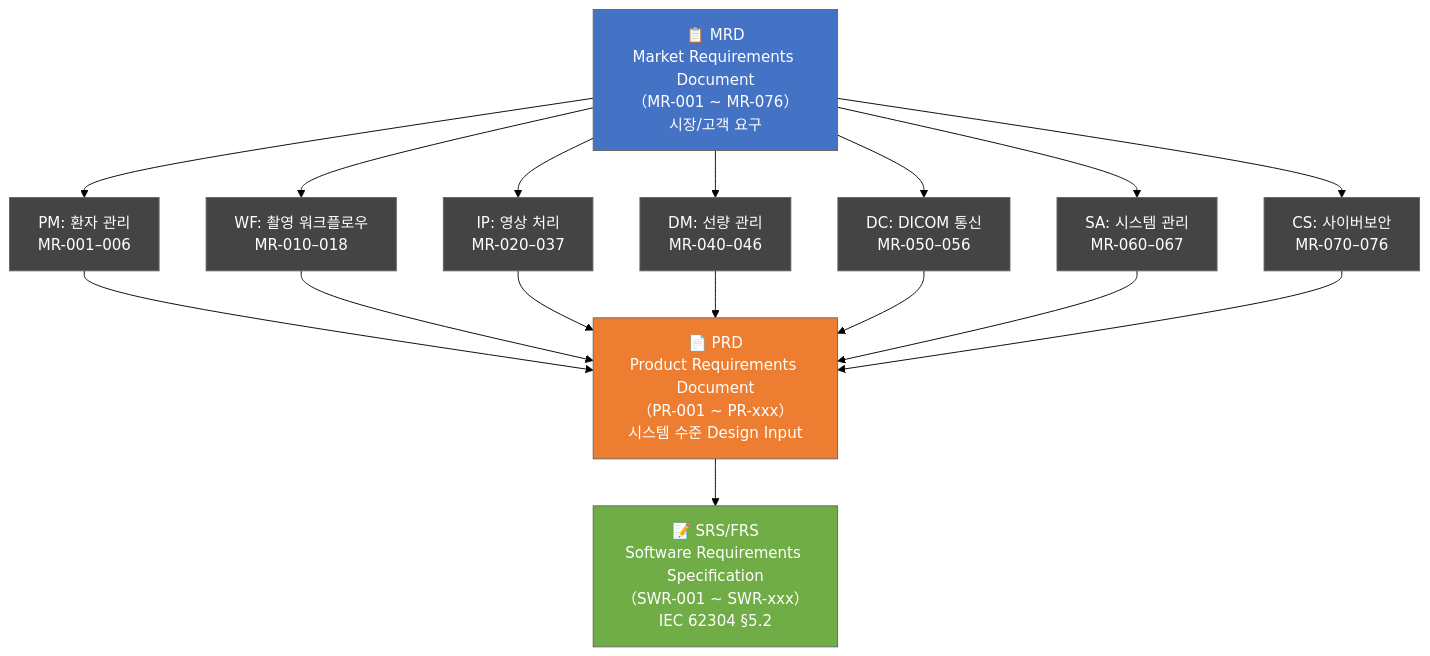
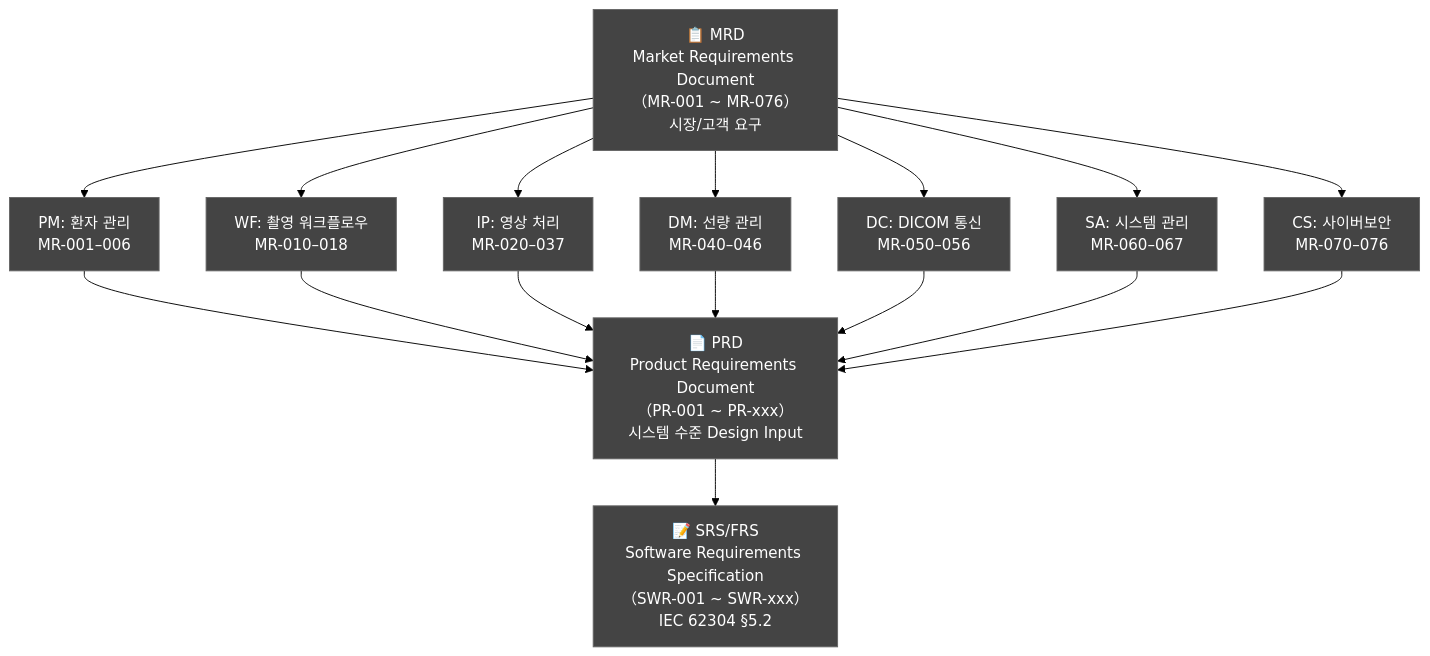
Before and after one commit to holee9/console-gui: the fourth of 13 diagrams in docs/management/DOC-003_SW_Development_Guideline_v1.0.md, drawn with Mermaid (forest theme). The commit also changed other lines of this file and 35 other files, not shown here.

First line of the commit message:
fix: 전체 Mermaid 차트 색상 진한 회색 통일

````diff
--- a/docs/management/DOC-003_SW_Development_Guideline_v1.0.md
+++ b/docs/management/DOC-003_SW_Development_Guideline_v1.0.md
@@ -372,23 +372,23 @@
 ```mermaid
 graph TD
     classDef default fill:#444,stroke:#666,color:#fff
     MRD["📋 MRD<br/>Market Requirements Document<br/>（MR-001 ~ MR-076）<br/>시장/고객 요구"]
     PRD["📄 PRD<br/>Product Requirements Document<br/>（PR-001 ~ PR-xxx）<br/>시스템 수준 Design Input"]
     SRS["📝 SRS/FRS<br/>Software Requirements Specification<br/>（SWR-001 ~ SWR-xxx）<br/>IEC 62304 §5.2"]
 
     DOMAIN_PM["PM: 환자 관리<br/>MR-001–006"]
     DOMAIN_WF["WF: 촬영 워크플로우<br/>MR-010–018"]
     DOMAIN_IP["IP: 영상 처리<br/>MR-020–037"]
     DOMAIN_DM["DM: 선량 관리<br/>MR-040–046"]
     DOMAIN_DC["DC: DICOM 통신<br/>MR-050–056"]
     DOMAIN_SA["SA: 시스템 관리<br/>MR-060–067"]
     DOMAIN_CS["CS: 사이버보안<br/>MR-070–076"]
 
     MRD --> DOMAIN_PM & DOMAIN_WF & DOMAIN_IP & DOMAIN_DM & DOMAIN_DC & DOMAIN_SA & DOMAIN_CS
     DOMAIN_PM & DOMAIN_WF & DOMAIN_IP & DOMAIN_DM & DOMAIN_DC & DOMAIN_SA & DOMAIN_CS --> PRD
     PRD --> SRS
 
-    style MRD fill:#4472C4,color:#fff
-    style PRD fill:#ED7D31,color:#fff
-    style SRS fill:#70AD47,color:#fff
+    style MRD fill:#444,color:#fff
+    style PRD fill:#444,color:#fff
+    style SRS fill:#444,color:#fff
 ```
````
